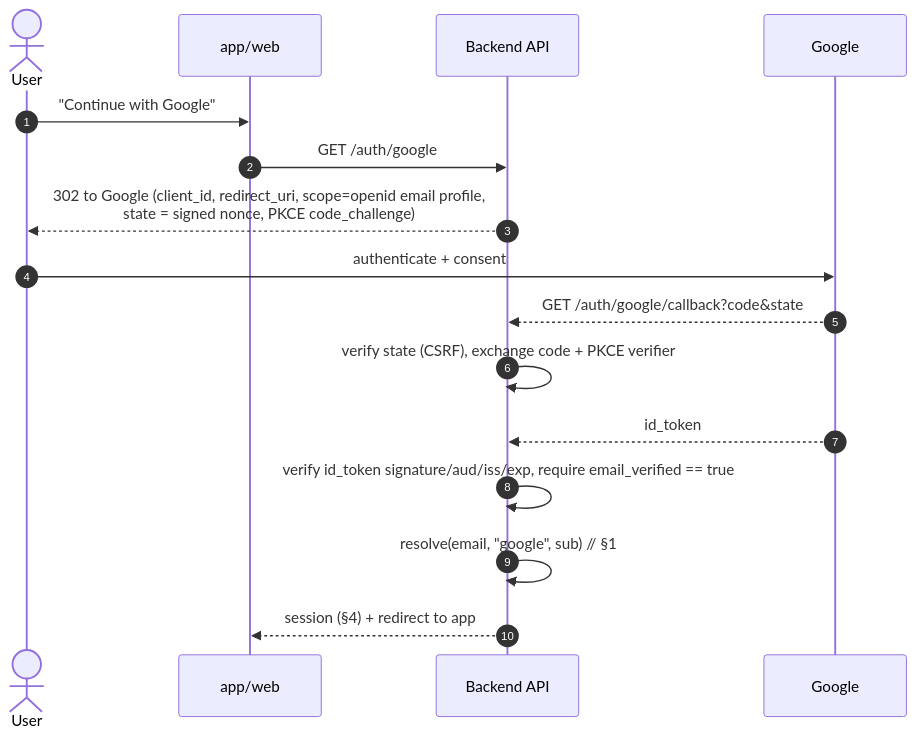
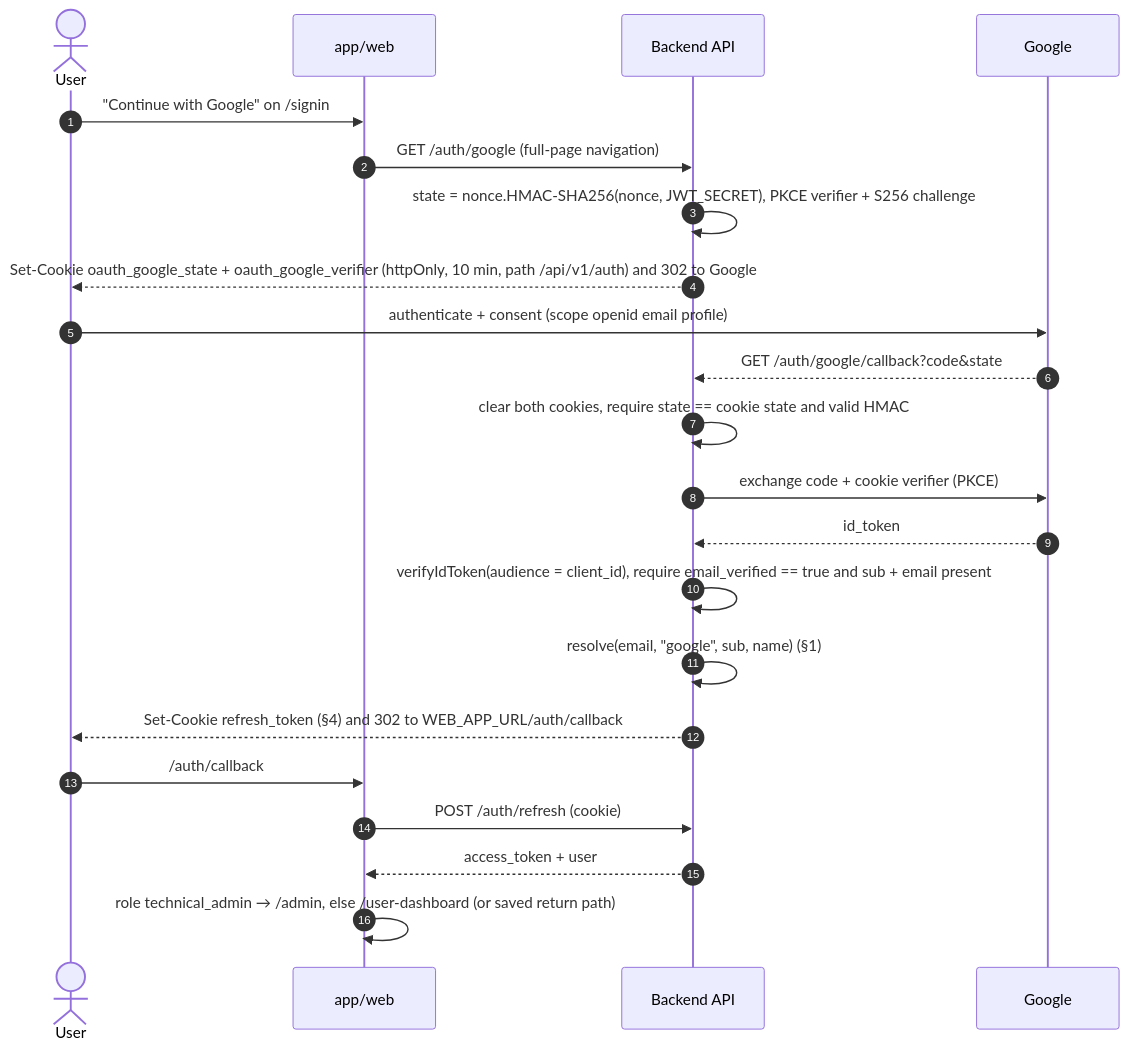
The first of 2 diagrams in docs/auth_flow.md (Kamel-27/travel-platform), drawn with Mermaid before and after one commit. The commit also changed other lines of this file and 7 other files, not shown here.

First line of the commit message:
docs: re-verify every living design doc against the code

````diff
--- a/docs/auth_flow.md
+++ b/docs/auth_flow.md
@@ -34,19 +45,25 @@
 ```mermaid
 sequenceDiagram
     autonumber
     actor U as User
     participant W as app/web
     participant API as Backend API
     participant G as Google
 
-    U->>W: "Continue with Google"
-    W->>API: GET /auth/google
-    API-->>U: 302 to Google (client_id, redirect_uri, scope=openid email profile,<br/>state = signed nonce, PKCE code_challenge)
-    U->>G: authenticate + consent
+    U->>W: "Continue with Google" on /signin
+    W->>API: GET /auth/google (full-page navigation)
+    API->>API: state = nonce.HMAC-SHA256(nonce, JWT_SECRET), PKCE verifier + S256 challenge
+    API-->>U: Set-Cookie oauth_google_state + oauth_google_verifier (httpOnly, 10 min, path /api/v1/auth) and 302 to Google
+    U->>G: authenticate + consent (scope openid email profile)
     G-->>API: GET /auth/google/callback?code&state
-    API->>API: verify state (CSRF), exchange code + PKCE verifier
+    API->>API: clear both cookies, require state == cookie state and valid HMAC
+    API->>G: exchange code + cookie verifier (PKCE)
     G-->>API: id_token
-    API->>API: verify id_token signature/aud/iss/exp, require email_verified == true
-    API->>API: resolve(email, "google", sub)   // §1
-    API-->>W: session (§4) + redirect to app
+    API->>API: verifyIdToken(audience = client_id), require email_verified == true and sub + email present
+    API->>API: resolve(email, "google", sub, name)   (§1)
+    API-->>U: Set-Cookie refresh_token (§4) and 302 to WEB_APP_URL/auth/callback
+    U->>W: /auth/callback
+    W->>API: POST /auth/refresh (cookie)
+    API-->>W: access_token + user
+    W->>W: role technical_admin → /admin, else /user-dashboard (or saved return path)
 ```
````
